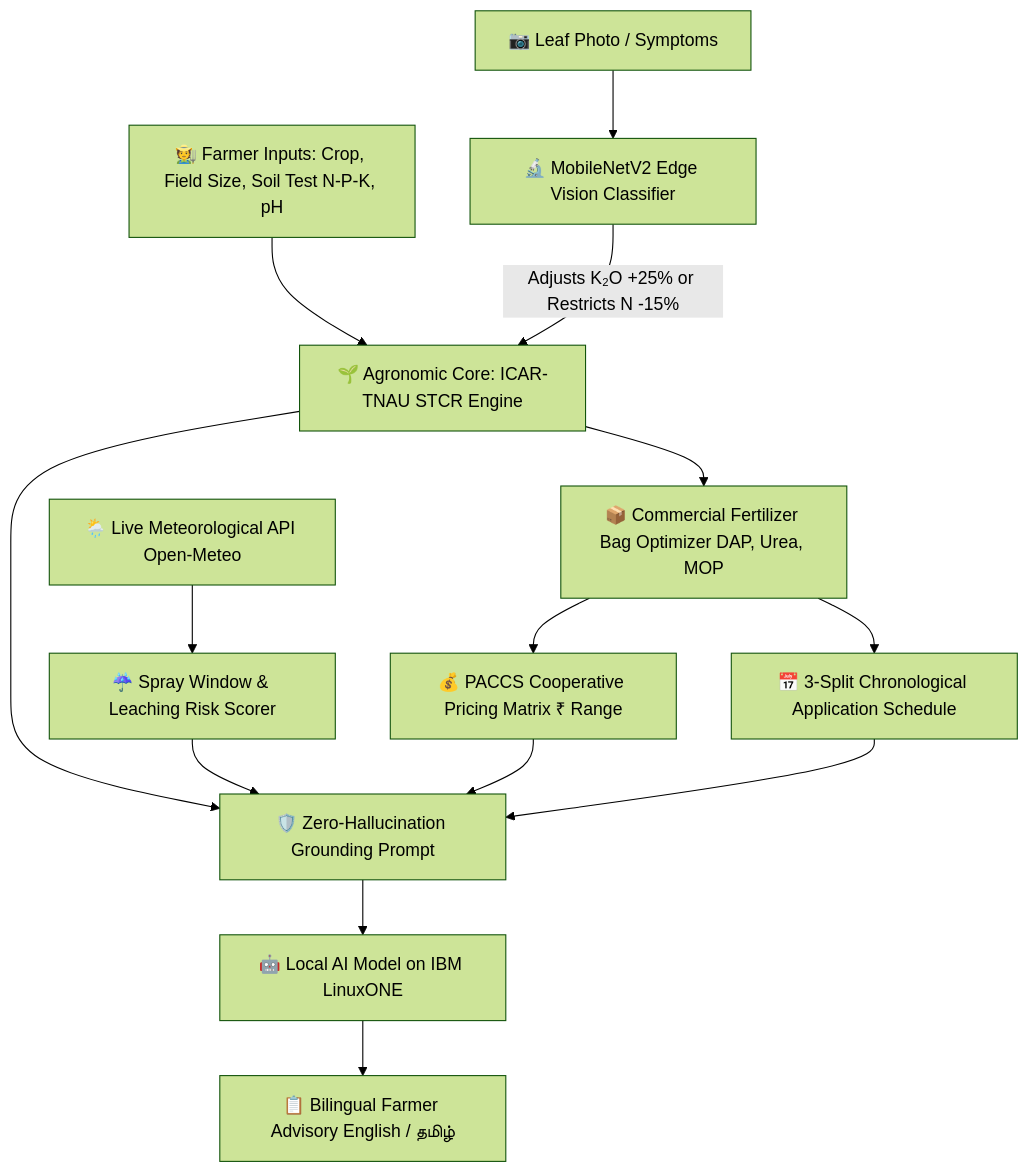
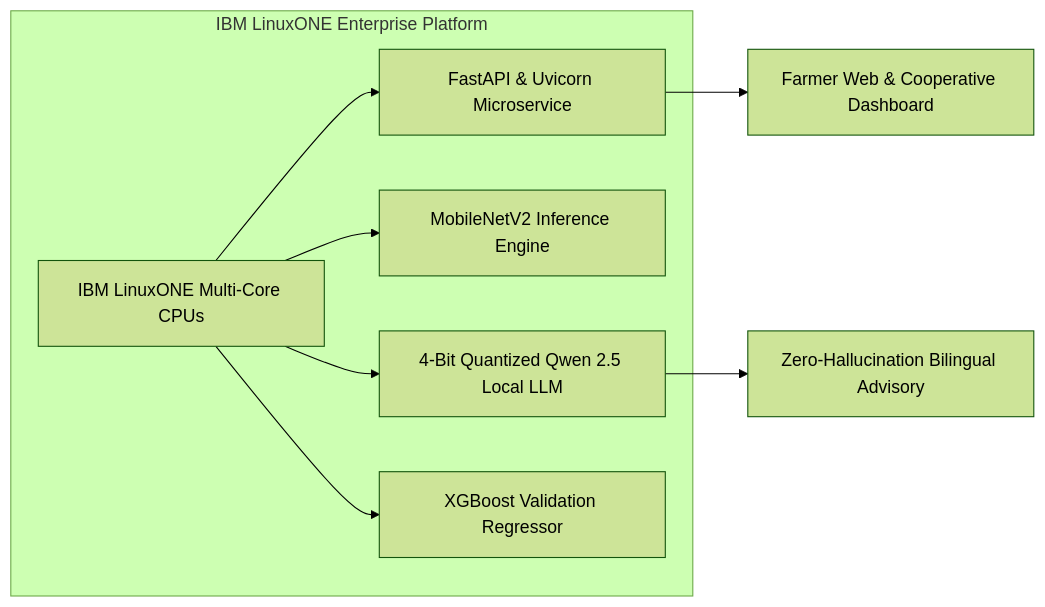
Before and after one commit to DEVASANJAY001/ibm2026: the diagram in README.md, drawn with Mermaid (forest theme). The commit also changed other lines of this file and 4 other files, not shown here.

Commit message:
docs: add ML evaluation metric graphs, UN SDGs, competitive matrix, and LinuxONE benchmarks to README

````diff
--- a/README.md
+++ b/README.md
@@ -43,16 +103,11 @@
 ```mermaid
-flowchart TD
-    A[🧑‍🌾 Farmer Inputs: Crop, Field Size, Soil Test N-P-K, pH] --> B[🌱 Agronomic Core: ICAR-TNAU STCR Engine]
-    C[📷 Leaf Photo / Symptoms] --> D[🔬 MobileNetV2 Edge Vision Classifier]
-    D -->|Adjusts K₂O +25% or Restricts N -15%| B
-    E[🌦️ Live Meteorological API Open-Meteo] --> F[☔ Spray Window & Leaching Risk Scorer]
-    B --> G[📦 Commercial Fertilizer Bag Optimizer DAP, Urea, MOP]
-    G --> H[💰 PACCS Cooperative Pricing Matrix ₹ Range]
-    G --> I[📅 3-Split Chronological Application Schedule]
-    B --> J[🛡️ Zero-Hallucination Grounding Prompt]
-    F --> J
-    H --> J
-    I --> J
-    J --> K[🤖 Local AI Model on IBM LinuxONE]
-    K --> L[📋 Bilingual Farmer Advisory English / தமிழ்]
+flowchart LR
+    subgraph IBM LinuxONE Enterprise Platform
+        A[IBM LinuxONE Multi-Core CPUs] --> B[FastAPI & Uvicorn Microservice]
+        A --> C[MobileNetV2 Inference Engine]
+        A --> D[4-Bit Quantized Qwen 2.5 Local LLM]
+        A --> E[XGBoost Validation Regressor]
+    end
+    B --> F[Farmer Web & Cooperative Dashboard]
+    D --> G[Zero-Hallucination Bilingual Advisory]
 ```
````
